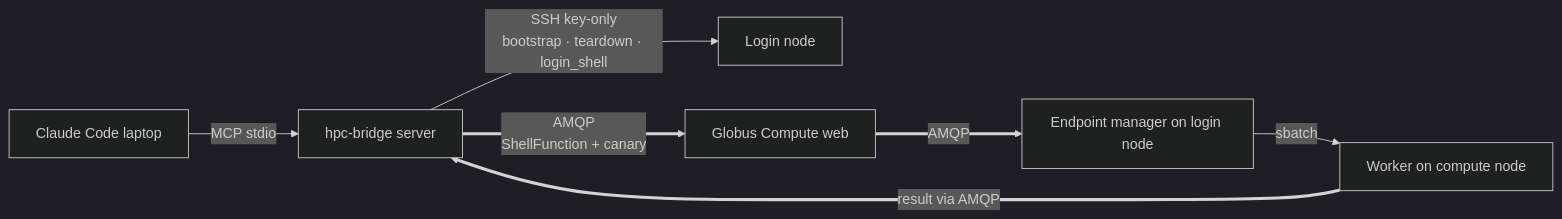
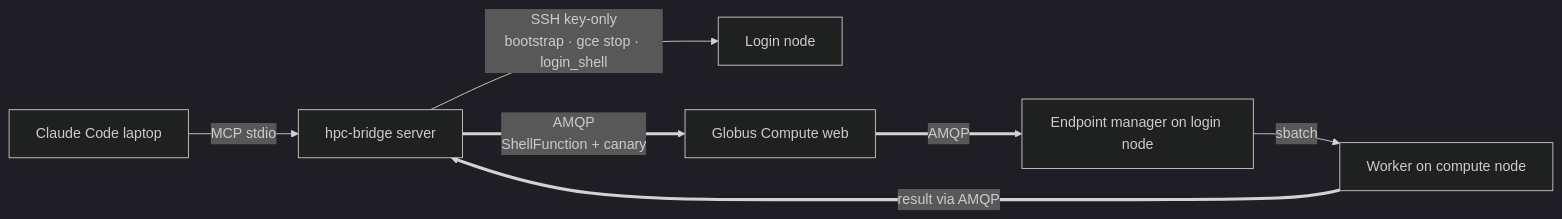
One commit to ryanchard/hpc-bridge changed the diagram in docs/hpc-bridge-vault/Concepts/Two-channel architecture.md. Above: the diagram before and after it, drawn with Mermaid (dark theme). The commit also changed other lines of this file and 3 other files, not shown here.

````diff
--- a/docs/hpc-bridge-vault/Concepts/Two-channel architecture.md
+++ b/docs/hpc-bridge-vault/Concepts/Two-channel architecture.md
@@ -13,9 +13,9 @@
 ```mermaid
 flowchart LR
   A[Claude Code laptop] -- MCP stdio --> B[hpc-bridge server]
-  B -- "SSH key-only<br/>bootstrap · teardown · login_shell" --> C[Login node]
+  B -- "SSH key-only<br/>bootstrap · gce stop · login_shell" --> C[Login node]
   B == "AMQP<br/>ShellFunction + canary" ==> D[Globus Compute web]
   D == AMQP ==> E[Endpoint manager on login node]
   E -- sbatch --> F[Worker on compute node]
   F == "result via AMQP" ==> B
 ```
````
